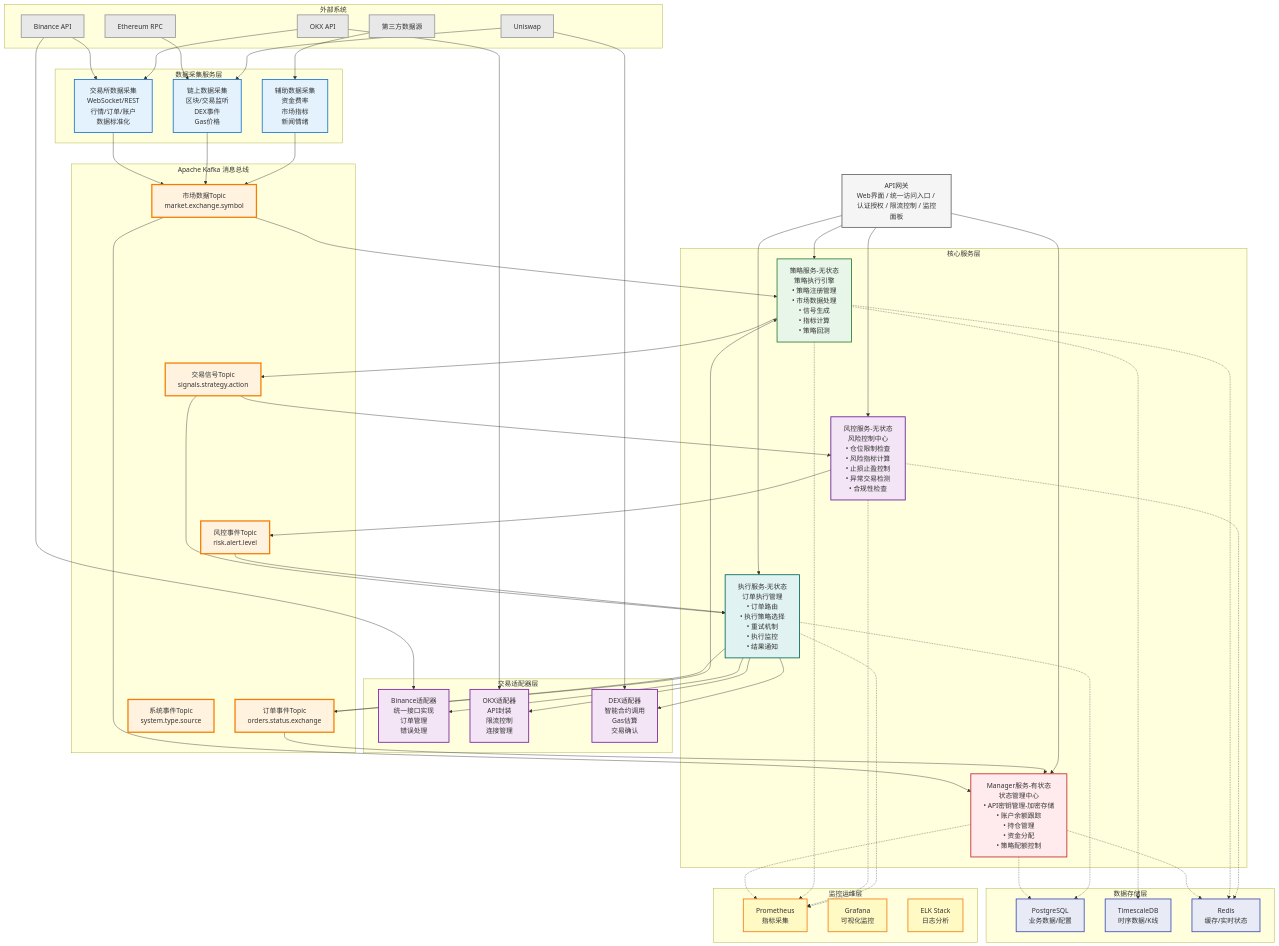
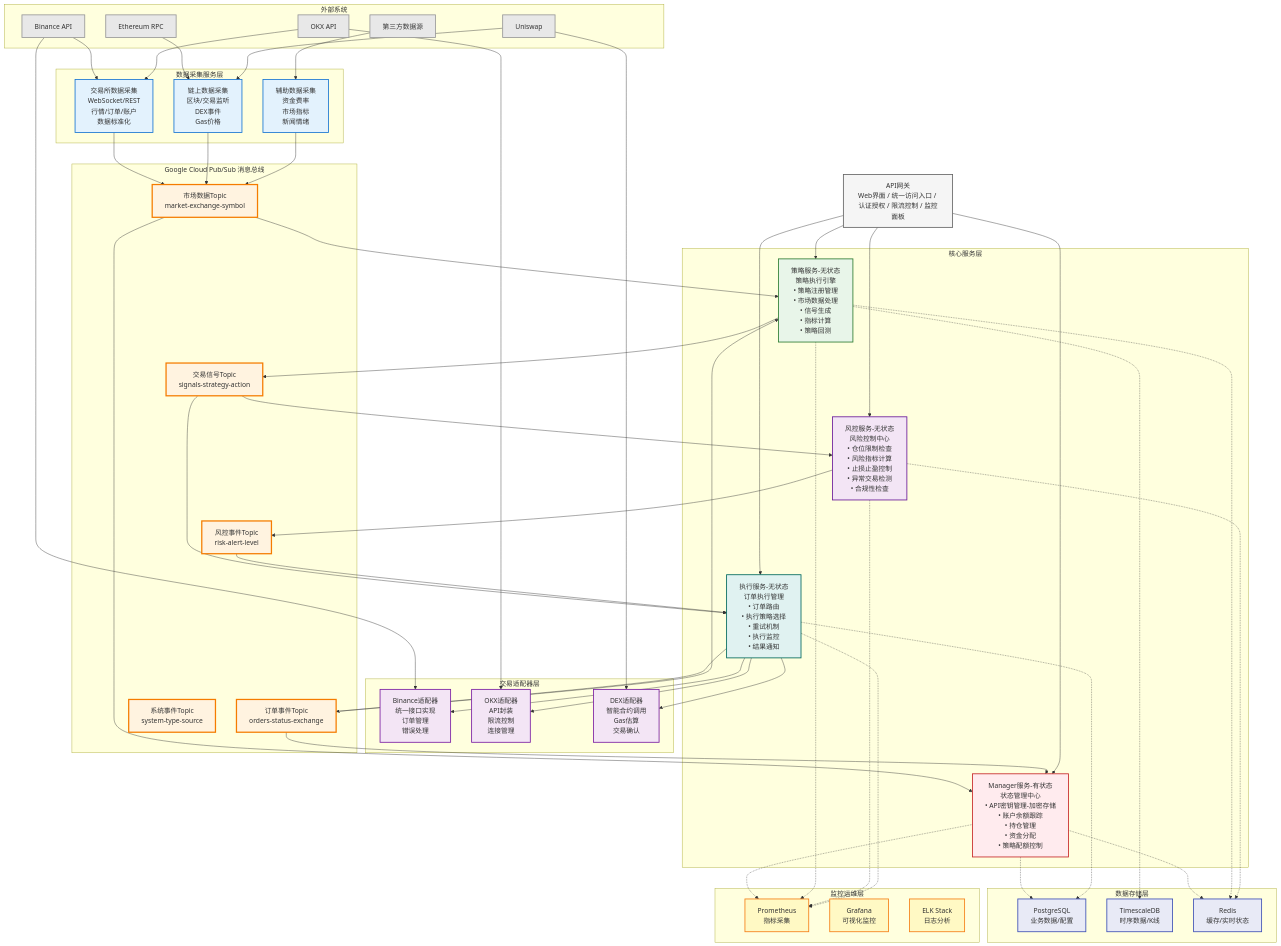
One commit to Meteo-X/pixiu changed the first of 7 diagrams in docs/tech-design.md. Above: the diagram before and after it, drawn with Mermaid. The commit also changed other lines of this file and 16 other files, not shown here.

First line of the commit message:
docs: Update architecture from Kafka to Google Cloud Pub/Sub

```diff
--- a/docs/tech-design.md
+++ b/docs/tech-design.md
@@ -63,13 +63,13 @@
         DEXAdapter[DEX适配器<br/>智能合约调用<br/>Gas估算<br/>交易确认]
     end
 
-    %% Kafka消息总线
-    subgraph MessageBus["Apache Kafka 消息总线"]
-        MarketTopic[市场数据Topic<br/>market.exchange.symbol]
-        SignalTopic[交易信号Topic<br/>signals.strategy.action]
-        OrderTopic[订单事件Topic<br/>orders.status.exchange]
-        SystemTopic[系统事件Topic<br/>system.type.source]
-        RiskTopic[风控事件Topic<br/>risk.alert.level]
+    %% Google Cloud Pub/Sub 消息总线
+    subgraph MessageBus["Google Cloud Pub/Sub 消息总线"]
+        MarketTopic[市场数据Topic<br/>market-exchange-symbol]
+        SignalTopic[交易信号Topic<br/>signals-strategy-action]
+        OrderTopic[订单事件Topic<br/>orders-status-exchange]
+        SystemTopic[系统事件Topic<br/>system-type-source]
+        RiskTopic[风控事件Topic<br/>risk-alert-level]
     end
 
     %% 核心服务层
@@ -113,12 +113,12 @@
     OKX --> OKXAdapter
     Uniswap --> DEXAdapter
 
-    %% 数据采集到Kafka
+    %% 数据采集到Pub/Sub
     ExchangeCollector --> MarketTopic
     BlockchainCollector --> MarketTopic
     AuxCollector --> MarketTopic
 
-    %% Kafka到核心服务
+    %% Pub/Sub到核心服务
     MarketTopic --> Manager
     MarketTopic --> Strategy
     SignalTopic --> Risk
```
